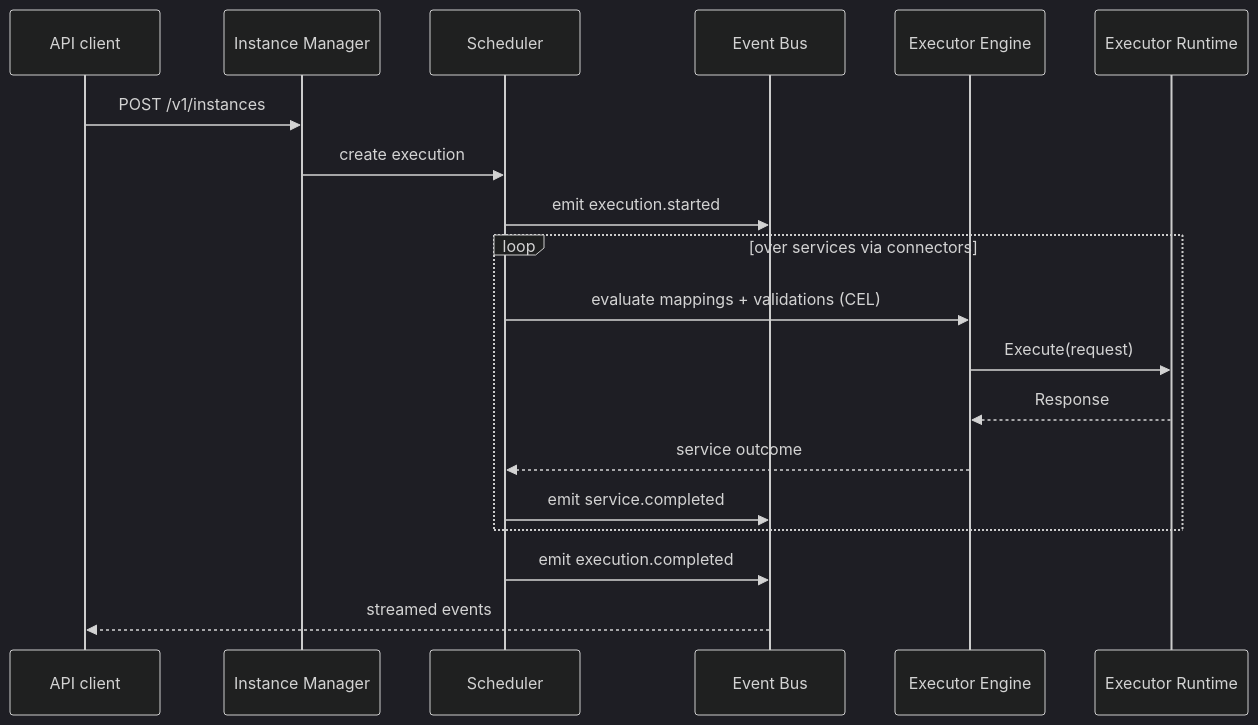
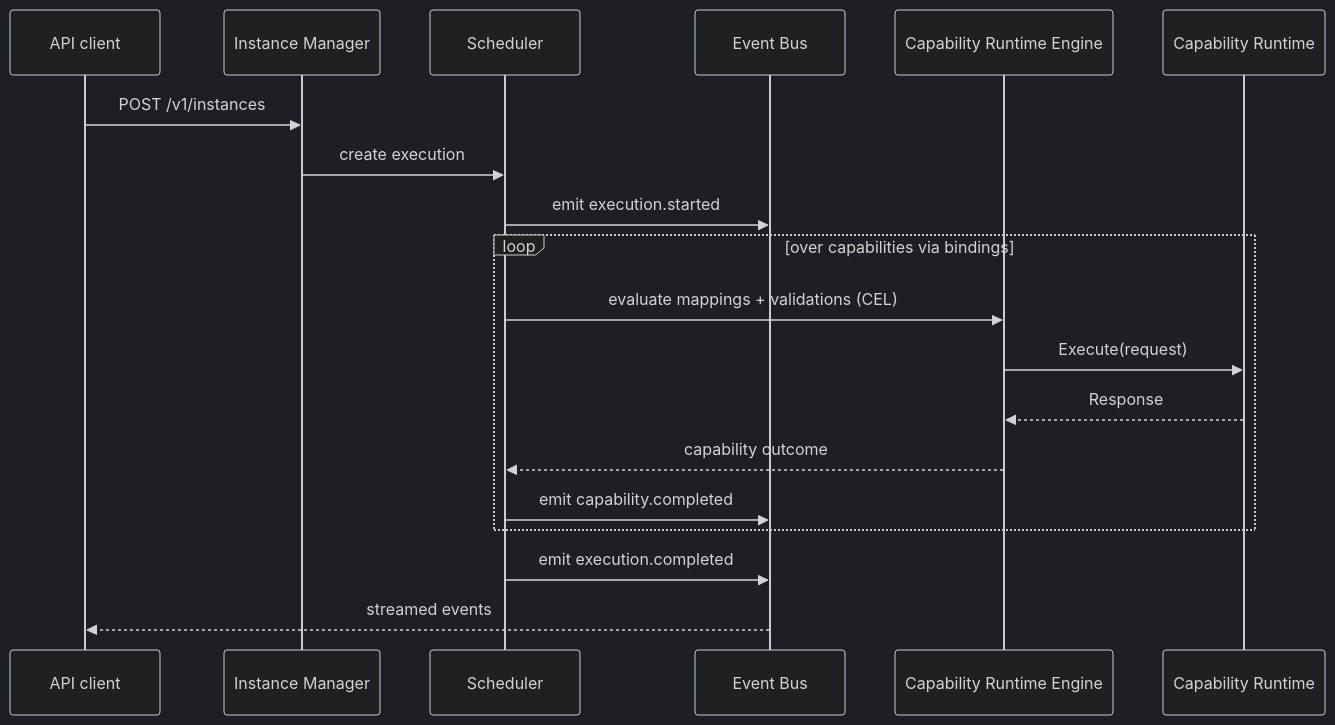
The third of 7 diagrams in nore/README.md (neuron-runtime/neuron), drawn with Mermaid (dark theme) before and after one commit. The commit also changed other lines of this file and 119 other files, not shown here.

````diff
--- a/nore/README.md
+++ b/nore/README.md
@@ -131,22 +131,22 @@
 ```mermaid
 sequenceDiagram
     participant C as API client
     participant IM as Instance Manager
     participant S as Scheduler
     participant EB as Event Bus
-    participant EX as Executor Engine
-    participant RT as Executor Runtime
+    participant EX as Capability Runtime Engine
+    participant RT as Capability Runtime
 
     C->>IM: POST /v1/instances
     IM->>S: create execution
     S->>EB: emit execution.started
-    loop over services via connectors
+    loop over capabilities via bindings
         S->>EX: evaluate mappings + validations (CEL)
         EX->>RT: Execute(request)
         RT-->>EX: Response
-        EX-->>S: service outcome
-        S->>EB: emit service.completed
+        EX-->>S: capability outcome
+        S->>EB: emit capability.completed
     end
     S->>EB: emit execution.completed
     EB-->>C: streamed events
 ```
````
